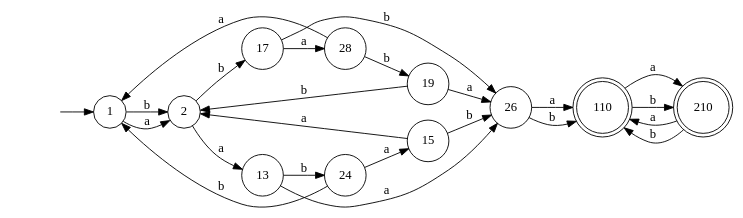
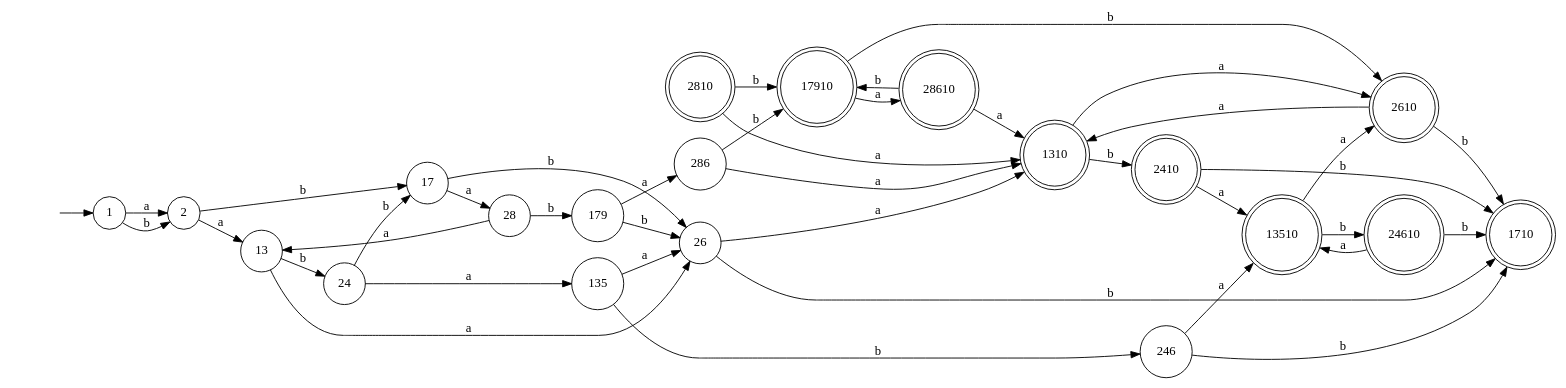
One commit to NRU-MPEI-IMAI/regular-languages-and-finite-machines-hmuriyMax changed the diagram in images/pic3_5_2.dot. Above: the diagram before and after it, drawn with Graphviz. The commit also changed 8 other files, not shown here.

```diff
--- a/images/pic3_5_2.dot
+++ b/images/pic3_5_2.dot
@@ -1,38 +1,63 @@
 digraph {
   rankdir=LR;
   node [shape = none, label=""]; 0;
   node [shape = circle, label="1"]; 1;
   node [shape = circle, label="2"]; 2;
   node [shape = circle, label="13"]; 13;
   node [shape = circle, label="17"]; 17;
   node [shape = circle, label="26"]; 26;
   node [shape = circle, label="24"]; 24;
   node [shape = circle, label="28"]; 28;
-  node [shape = doublecircle, label="110"]; 110;
-  node [shape = circle, label="15"]; 15;
-  node [shape = circle, label="19"]; 19;
-  node [shape = doublecircle, label="210"]; 210;
+  node [shape = circle, label="135"]; 135;
+  node [shape = circle, label="179"]; 179;
+  node [shape = circle, label="246"]; 246;
+  node [shape = circle, label="286"]; 286;
+  node [shape = doublecircle, label="1310"]; 1310;
+  node [shape = doublecircle, label="1710"]; 1710;
+  node [shape = doublecircle, label="2610"]; 2610;
+  node [shape = doublecircle, label="2410"]; 2410;
+  node [shape = doublecircle, label="2810"]; 2810;
+  node [shape = doublecircle, label="13510"]; 13510;
+  node [shape = doublecircle, label="17910"]; 17910;
+  node [shape = doublecircle, label="24610"]; 24610;
+  node [shape = doublecircle, label="28610"]; 28610;
   0 -> 1 [label=""]
   1 -> 2 [label = "a"];
   1 -> 2 [label = "b"];
   2 -> 13 [label = "a"];
   2 -> 17 [label = "b"];
   13 -> 26 [label = "a"];
   13 -> 24 [label = "b"];
   17 -> 28 [label = "a"];
   17 -> 26 [label = "b"];
-  26 -> 110 [label = "a"];
-  26 -> 110 [label = "b"];
-  24 -> 15 [label = "a"];
-  24 -> 1 [label = "b"];
-  28 -> 1 [label = "a"];
-  28 -> 19 [label = "b"];
-  110 -> 210 [label = "a"];
-  110 -> 210 [label = "b"];
-  15 -> 2 [label = "a"];
-  15 -> 26 [label = "b"];
-  19 -> 26 [label = "a"];
-  19 -> 2 [label = "b"];
-  210 -> 110 [label = "a"];
-  210 -> 110 [label = "b"];
+  26 -> 1310 [label = "a"];
+  26 -> 1710 [label = "b"];
+  24 -> 135 [label = "a"];
+  24 -> 17 [label = "b"];
+  28 -> 13 [label = "a"];
+  28 -> 179 [label = "b"];
+  1310 -> 2610 [label = "a"];
+  1310 -> 2410 [label = "b"];
+  135 -> 26 [label = "a"];
+  135 -> 246 [label = "b"];
+  179 -> 286 [label = "a"];
+  179 -> 26 [label = "b"];
+  246 -> 13510 [label = "a"];
+  246 -> 1710 [label = "b"];
+  286 -> 1310 [label = "a"];
+  286 -> 17910 [label = "b"];
+  2610 -> 1310 [label = "a"];
+  2610 -> 1710 [label = "b"];
+  2410 -> 13510 [label = "a"];
+  2410 -> 1710 [label = "b"];
+  2810 -> 1310 [label = "a"];
+  2810 -> 17910 [label = "b"];
+  13510 -> 2610 [label = "a"];
+  13510 -> 24610 [label = "b"];
+  17910 -> 28610 [label = "a"];
+  17910 -> 2610 [label = "b"];
+  24610 -> 13510 [label = "a"];
+  24610 -> 1710 [label = "b"];
+  28610 -> 1310 [label = "a"];
+  28610 -> 17910 [label = "b"];
 }
```
